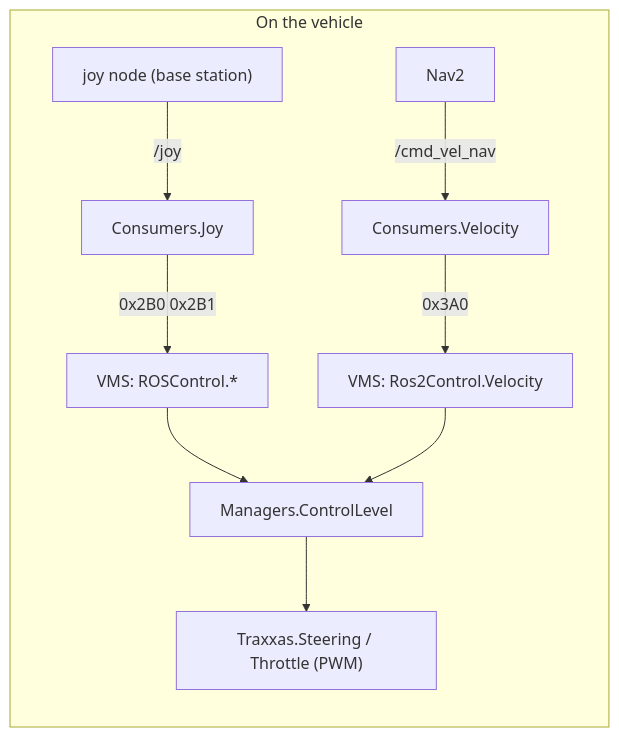
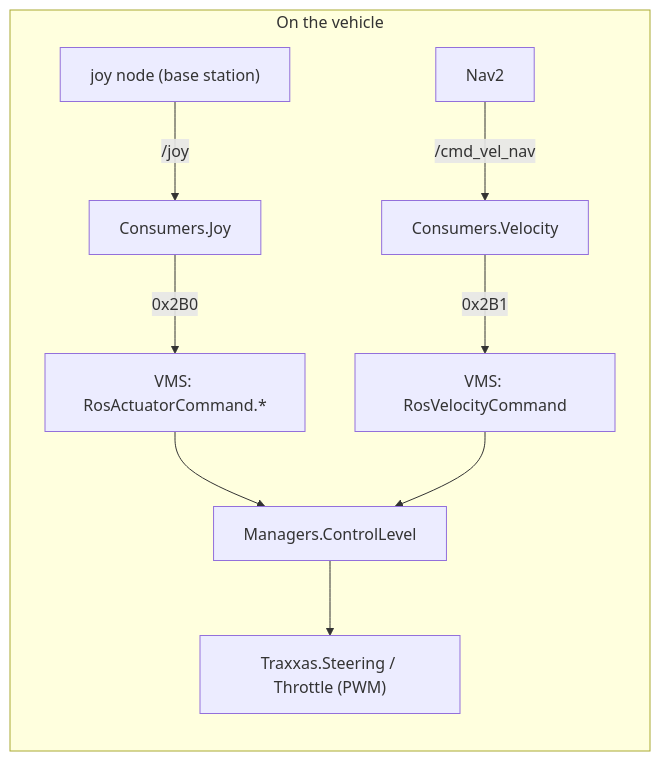
The fifth of 8 diagrams in docs/ros2_integration.md (open-vehicle-control-system/ovcs), drawn with Mermaid before and after one commit. The commit also changed other lines of this file and 39 other files, not shown here.

First line of the commit message:
feat: name the ROS command frames by meaning, not by ROS version

````diff
--- a/docs/ros2_integration.md
+++ b/docs/ros2_integration.md
@@ -293,12 +293,12 @@
 ```mermaid
 flowchart LR
     subgraph vehicle["On the vehicle"]
         joyn["joy node (base station)"] -->|"/joy"| cj["Consumers.Joy"]
-        cj -->|"0x2B0 0x2B1"| vms1["VMS: ROSControl.*"]
+        cj -->|"0x2B0"| vms1["VMS: RosActuatorCommand.*"]
         navv["Nav2"] -->|"/cmd_vel_nav"| cv["Consumers.Velocity"]
-        cv -->|"0x3A0"| vms2["VMS: Ros2Control.Velocity"]
+        cv -->|"0x2B1"| vms2["VMS: RosVelocityCommand"]
         vms1 --> mgr["Managers.ControlLevel"]
         vms2 --> mgr
         mgr --> trax["Traxxas.Steering / Throttle (PWM)"]
     end
 ```
````
